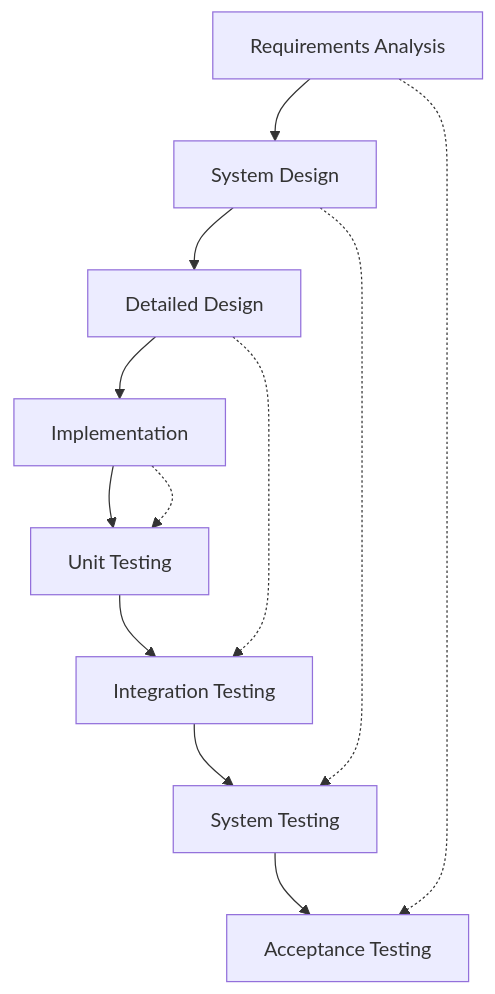
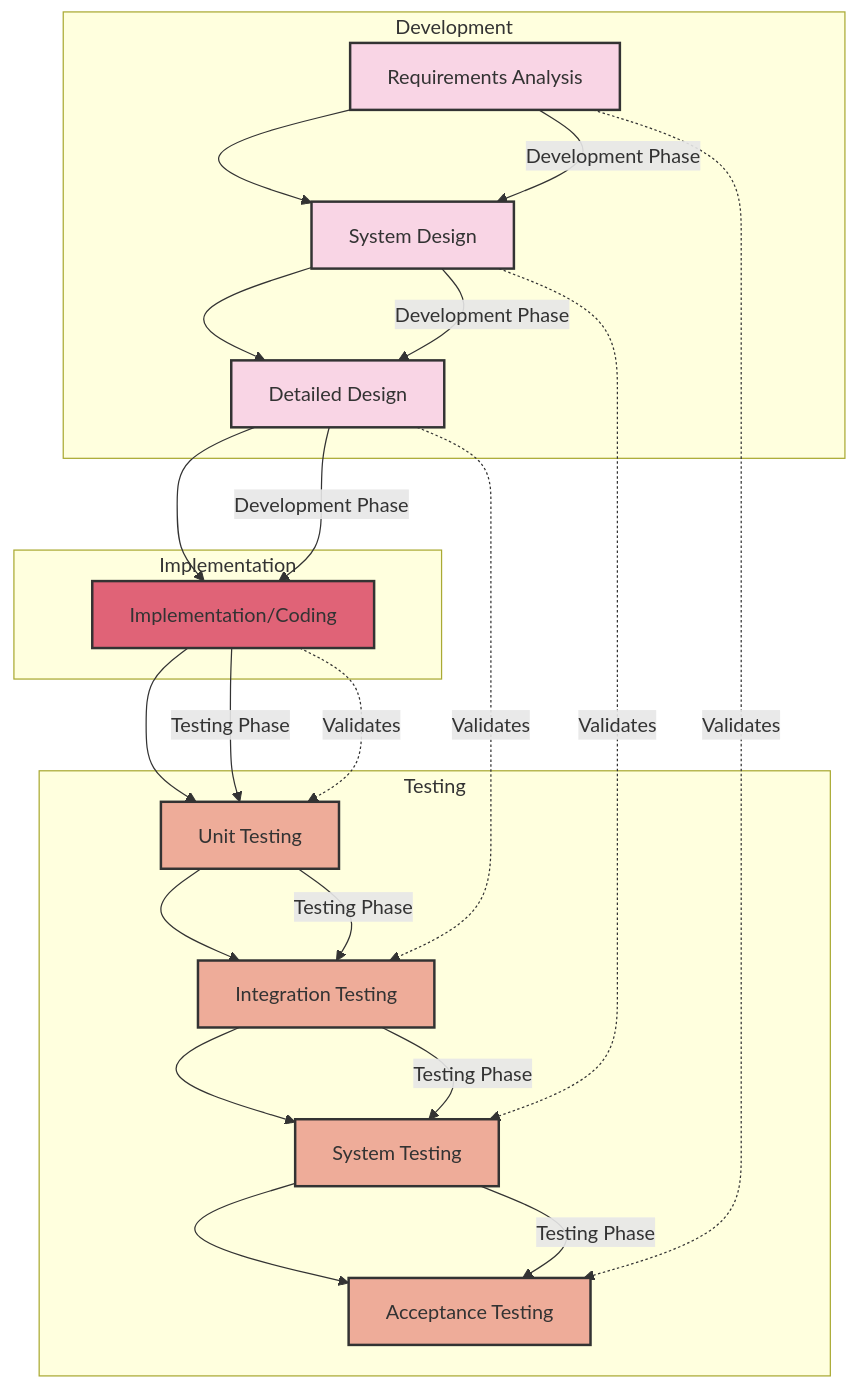
The diagram in V-model.md (wegscpc/quality-documentation), drawn with Mermaid before and after one commit. The commit also changed 1 other file, not shown here.

````diff
--- a/V-model.md
+++ b/V-model.md
@@ -19,14 +19,52 @@
 ```mermaid
 graph TD
     A[Requirements Analysis] --> B[System Design]
     B --> C[Detailed Design]
-    C --> D[Implementation]
+    C --> D[Implementation/Coding]
     D --> E[Unit Testing]
     E --> F[Integration Testing]
     F --> G[System Testing]
     G --> H[Acceptance Testing]
-    A -.-> H
-    B -.-> G
-    C -.-> F
-    D -.-> E
+    
+    %% Positioning to create V shape
+    A[Requirements Analysis] --> |Development Phase| B[System Design]
+    B[System Design] --> |Development Phase| C[Detailed Design]
+    C[Detailed Design] --> |Development Phase| D[Implementation/Coding]
+    D[Implementation/Coding] --> |Testing Phase| E[Unit Testing]
+    E[Unit Testing] --> |Testing Phase| F[Integration Testing]
+    F[Integration Testing] --> |Testing Phase| G[System Testing]
+    G[System Testing] --> |Testing Phase| H[Acceptance Testing]
+    
+    %% Verification and Validation links
+    A -.->|Validates| H
+    B -.->|Validates| G
+    C -.->|Validates| F
+    D -.->|Validates| E
+    
+    %% Layout adjustments
+    classDef leftSide fill:#f9d5e5,stroke:#333,stroke-width:2px;
+    classDef rightSide fill:#eeac99,stroke:#333,stroke-width:2px;
+    classDef center fill:#e06377,stroke:#333,stroke-width:2px;
+    
+    class A,B,C leftSide;
+    class E,F,G,H rightSide;
+    class D center;
+    
+    %% Positioning
+    subgraph Development
+        A
+        B
+        C
+    end
+    
+    subgraph Testing
+        E
+        F
+        G
+        H
+    end
+    
+    subgraph Implementation
+        D
+    end
 ```
````
